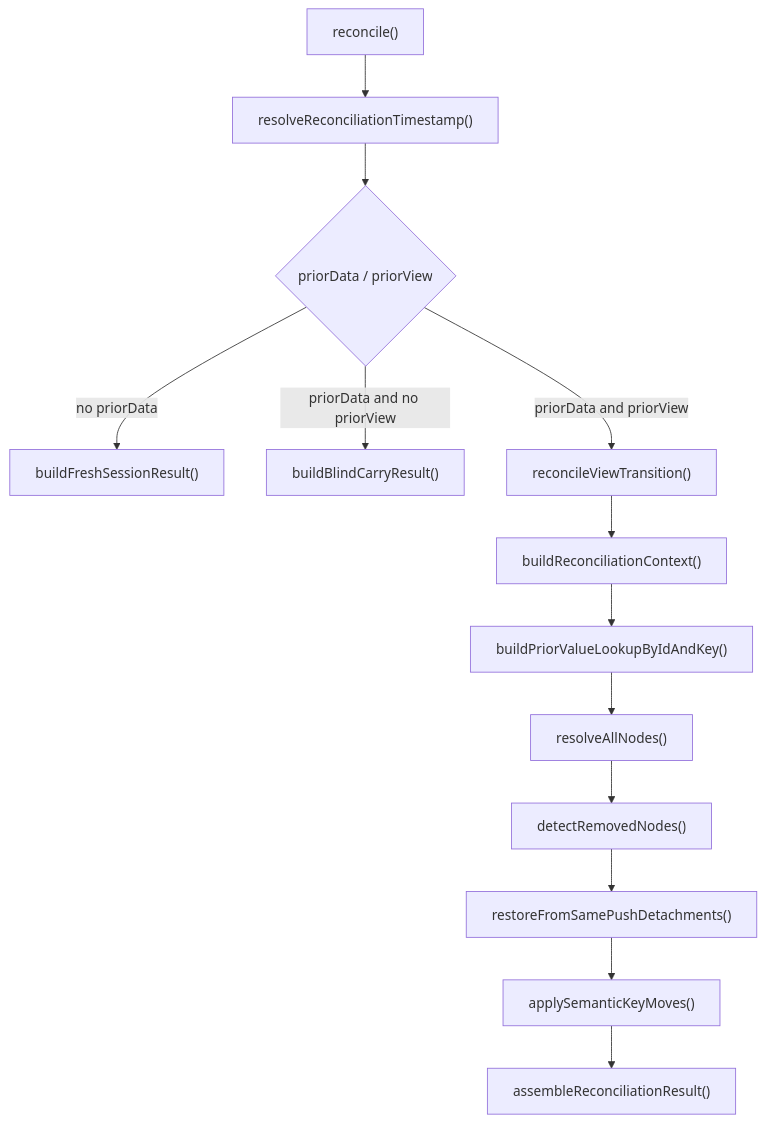
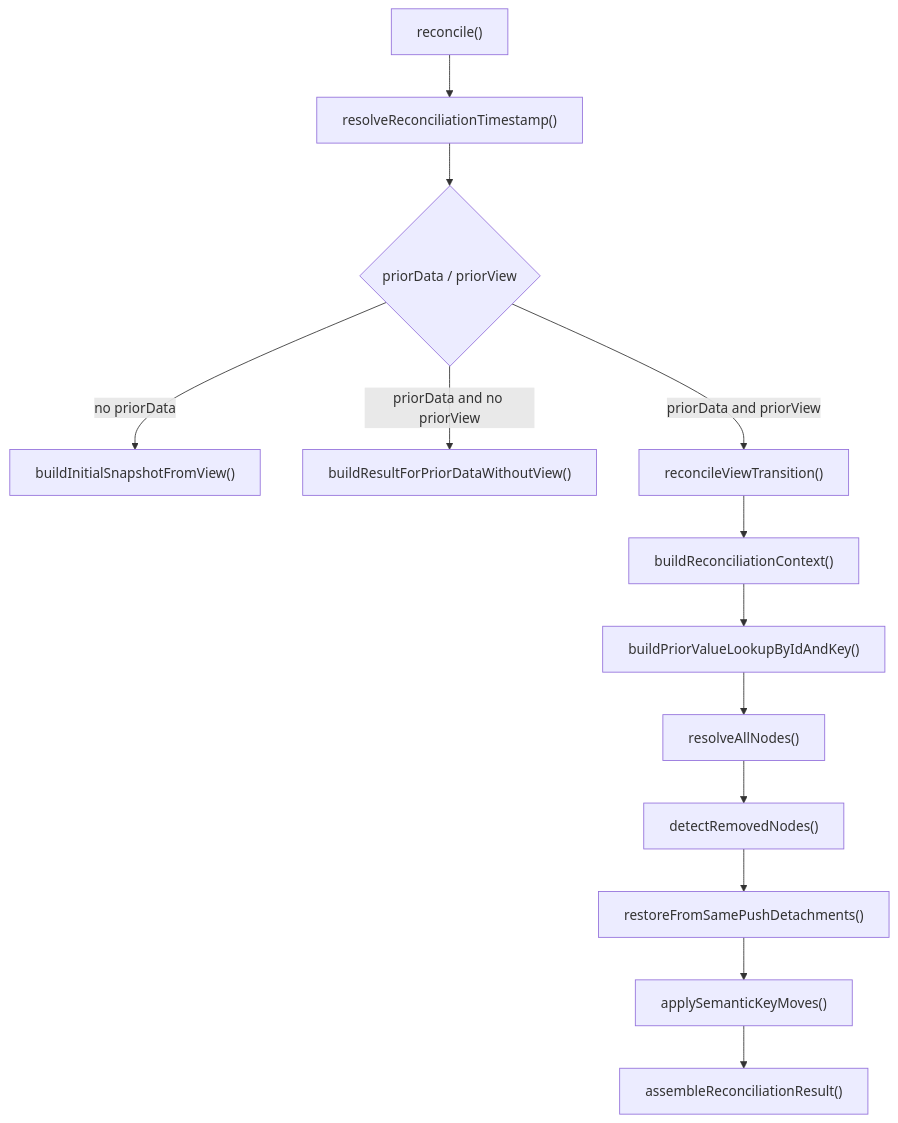
One commit to brytoncooper/continuum-dev changed the diagram in packages/runtime/RUNTIME_COMPREHENSIVE_REFERENCE.md. Above: the diagram before and after it, drawn with Mermaid. The commit also changed other lines of this file and 26 other files, not shown here.

````diff
--- a/packages/runtime/RUNTIME_COMPREHENSIVE_REFERENCE.md
+++ b/packages/runtime/RUNTIME_COMPREHENSIVE_REFERENCE.md
@@ -225,17 +210,17 @@
 ```mermaid
 flowchart TD
   reconcileEntry["reconcile()"] --> resolveTime["resolveReconciliationTimestamp()"]
   resolveTime --> branch{"priorData / priorView"}
 
-  branch -->|"no priorData"| fresh["buildFreshSessionResult()"]
-  branch -->|"priorData and no priorView"| blind["buildBlindCarryResult()"]
+  branch -->|"no priorData"| fresh["buildInitialSnapshotFromView()"]
+  branch -->|"priorData and no priorView"| blind["buildResultForPriorDataWithoutView()"]
   branch -->|"priorData and priorView"| transition["reconcileViewTransition()"]
 
   transition --> context["buildReconciliationContext()"]
   context --> lookup["buildPriorValueLookupByIdAndKey()"]
   lookup --> resolveNodes["resolveAllNodes()"]
   resolveNodes --> detectRemoved["detectRemovedNodes()"]
   detectRemoved --> samePush["restoreFromSamePushDetachments()"]
   samePush --> semanticMoves["applySemanticKeyMoves()"]
   semanticMoves --> assemble["assembleReconciliationResult()"]
 ```
````
